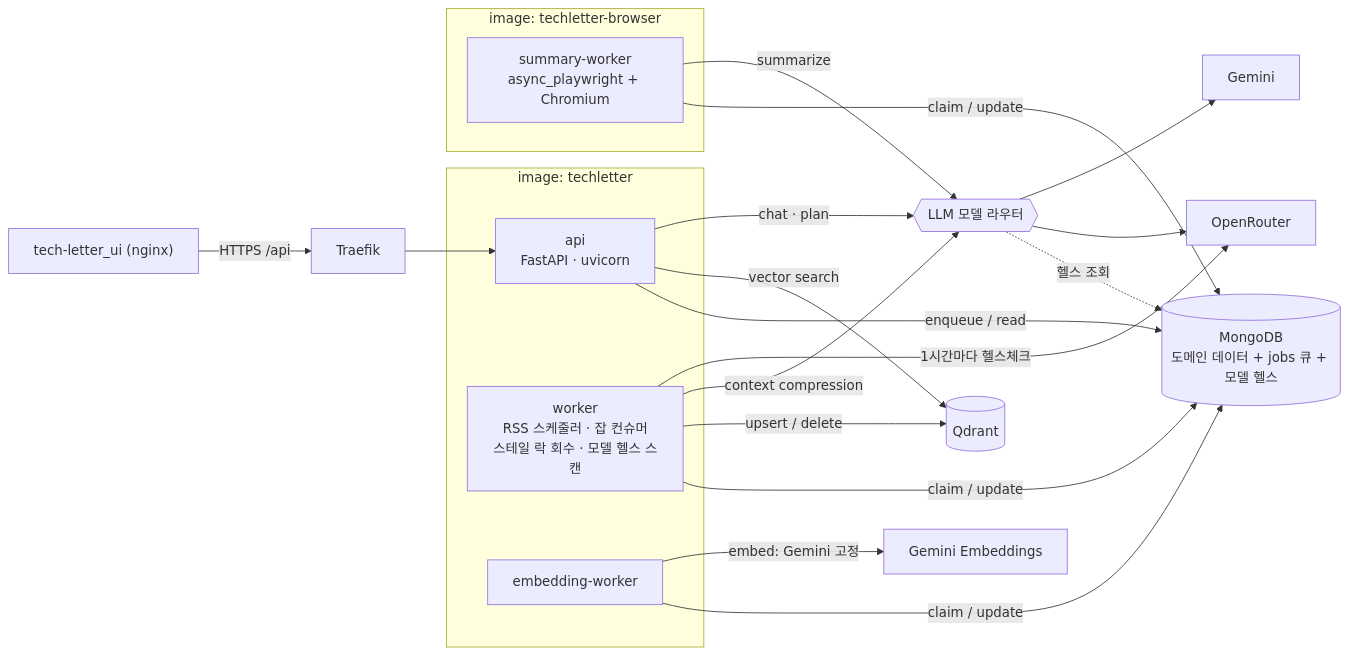
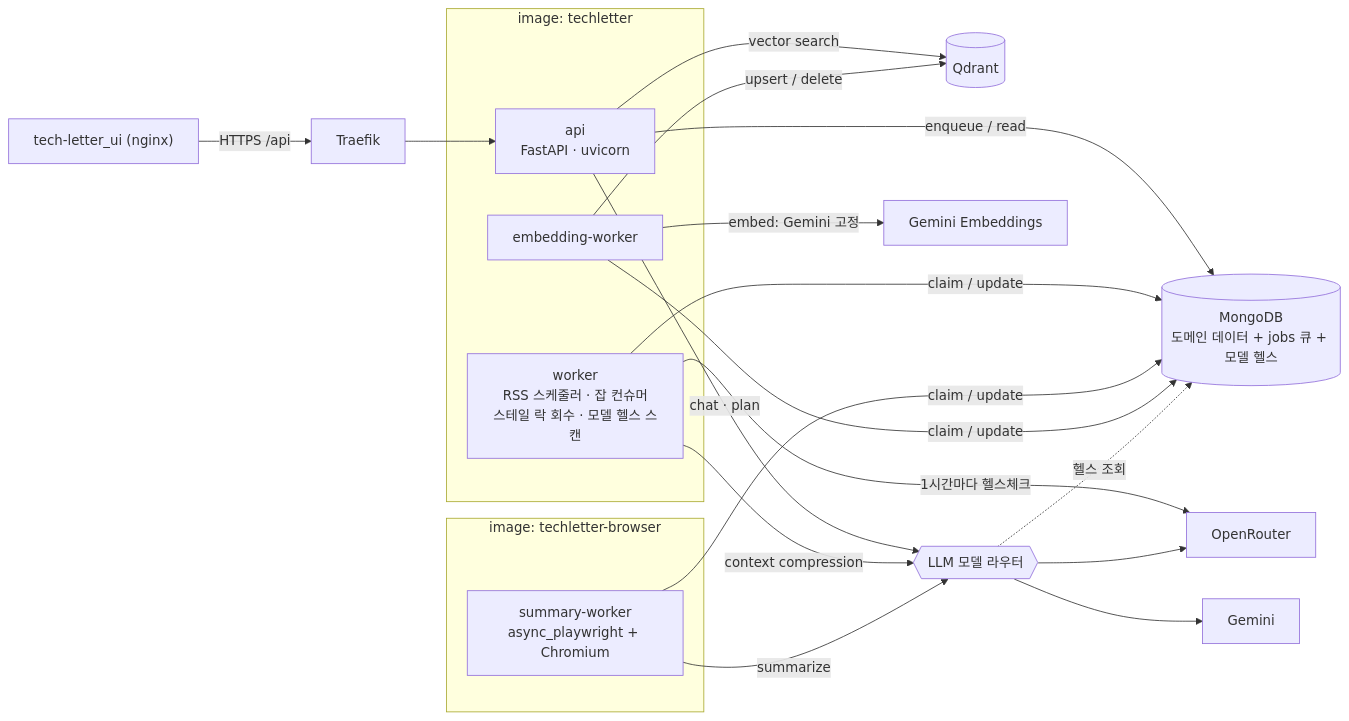
Before and after one commit to TechLetter/tech-letter: the diagram in README.md, drawn with Mermaid. The commit also changed other lines of this file and 67 other files, not shown here.

````diff
--- a/README.md
+++ b/README.md
@@ -25,31 +25,31 @@
 ```mermaid
 flowchart LR
     FE["tech-letter_ui (nginx)"] -->|HTTPS /api| T[Traefik]
     T --> API
 
     subgraph img1["image: techletter"]
         API["api<br/>FastAPI · uvicorn"]
         W["worker<br/>RSS 스케줄러 · 잡 컨슈머<br/>스테일 락 회수 · 모델 헬스 스캔"]
         EW["embedding-worker"]
     end
     subgraph img2["image: techletter-browser"]
         SW["summary-worker<br/>async_playwright + Chromium"]
     end
 
     API -->|enqueue / read| M[("MongoDB<br/>도메인 데이터 + jobs 큐 + 모델 헬스")]
     W -->|claim / update| M
     SW -->|claim / update| M
     EW -->|claim / update| M
 
     API -->|vector search| Q[(Qdrant)]
-    W -->|upsert / delete| Q
+    EW -->|upsert / delete| Q
 
     API -->|chat · plan| R{{"LLM 모델 라우터"}}
     W -->|context compression| R
     W -->|1시간마다 헬스체크| OR
     SW -->|summarize| R
     EW -->|embed: Gemini 고정| G[Gemini Embeddings]
     R -.->|헬스 조회| M
     R --> OR[OpenRouter]
     R --> GG[Gemini]
 ```
````
